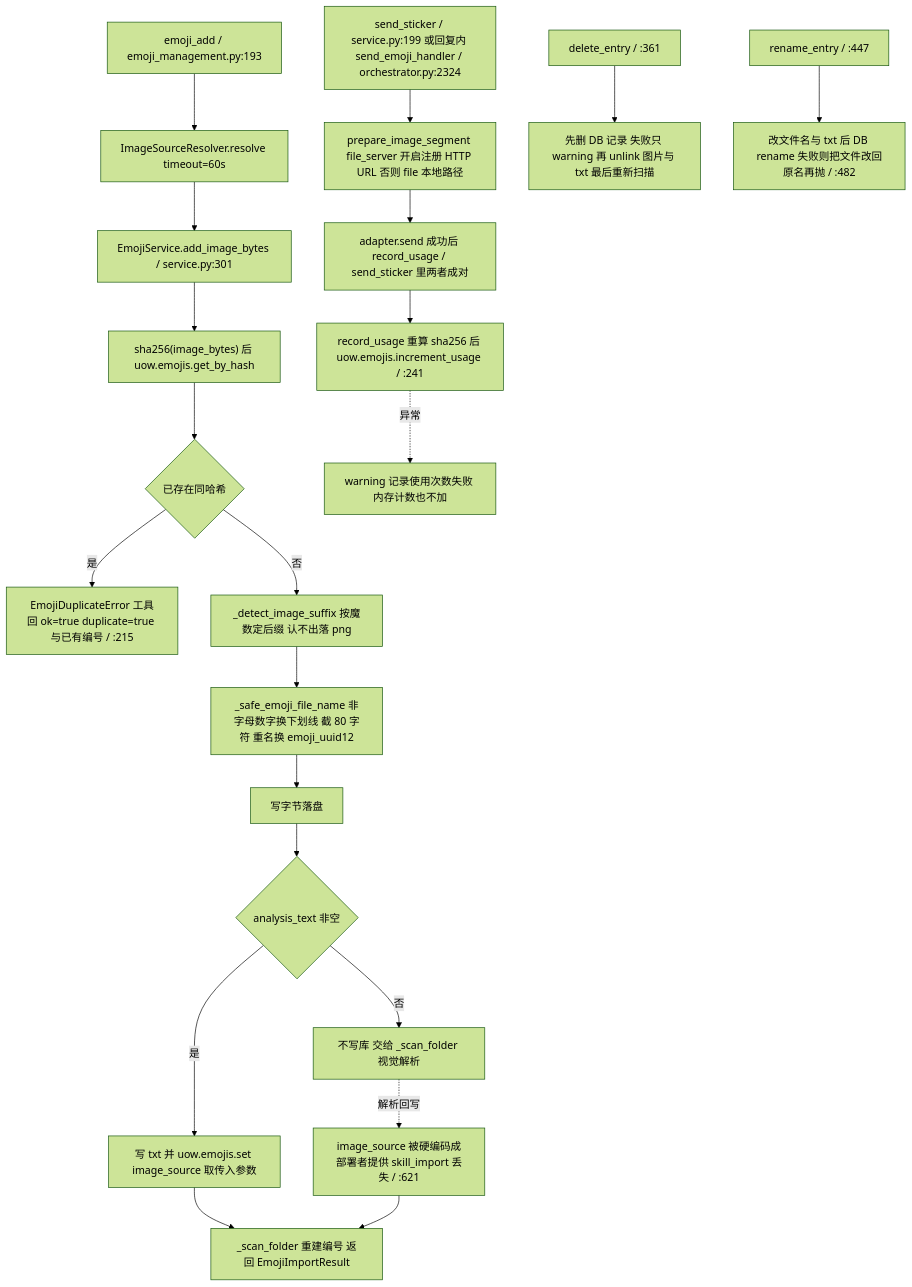
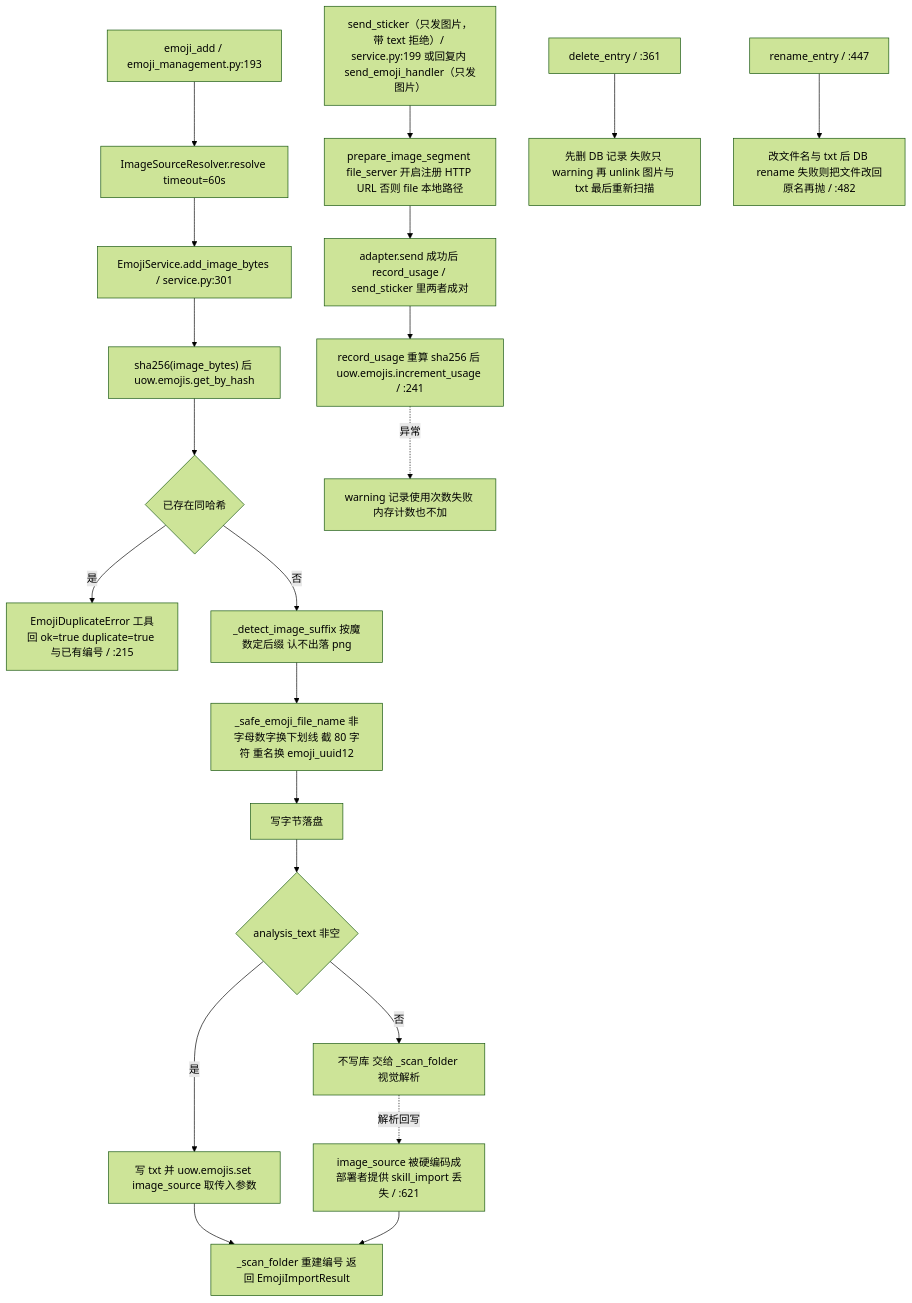
One commit to ABPolaris/NeoBot changed the ninth of 14 diagrams in docs/flow/14-emoji-image-parse.md. Above: the diagram before and after it, drawn with Mermaid (forest theme). The commit also changed 25 other files, not shown here.

````diff
--- a/docs/flow/14-emoji-image-parse.md
+++ b/docs/flow/14-emoji-image-parse.md
@@ -330,23 +330,23 @@
 ```mermaid
 flowchart TD
     A["emoji_add / emoji_management.py:193"] --> B["ImageSourceResolver.resolve timeout=60s"]
     B --> C["EmojiService.add_image_bytes / service.py:301"]
     C --> D["sha256(image_bytes) 后 uow.emojis.get_by_hash"]
     D --> E{"已存在同哈希"}
     E -- 是 --> E1["EmojiDuplicateError 工具回 ok=true duplicate=true 与已有编号 / :215"]
     E -- 否 --> F["_detect_image_suffix 按魔数定后缀 认不出落 png"]
     F --> G["_safe_emoji_file_name 非字母数字换下划线 截 80 字符 重名换 emoji_uuid12"]
     G --> H["写字节落盘"]
     H --> I{"analysis_text 非空"}
     I -- 是 --> J["写 txt 并 uow.emojis.set image_source 取传入参数"]
     I -- 否 --> K["不写库 交给 _scan_folder 视觉解析"]
     K -. 解析回写 .-> K1["image_source 被硬编码成部署者提供 skill_import 丢失 / :621"]
     J --> L["_scan_folder 重建编号 返回 EmojiImportResult"]
     K1 --> L
-    M["send_sticker / service.py:199 或回复内 send_emoji_handler / orchestrator.py:2324"] --> N["prepare_image_segment file_server 开启注册 HTTP URL 否则 file 本地路径"]
+    M["send_sticker（只发图片，带 text 拒绝）/ service.py:199 或回复内 send_emoji_handler（只发图片）"] --> N["prepare_image_segment file_server 开启注册 HTTP URL 否则 file 本地路径"]
     N --> O["adapter.send 成功后 record_usage / send_sticker 里两者成对"]
     O --> P["record_usage 重算 sha256 后 uow.emojis.increment_usage / :241"]
     P -. 异常 .-> P1["warning 记录使用次数失败 内存计数也不加"]
     Q["delete_entry / :361"] --> R["先删 DB 记录 失败只 warning 再 unlink 图片与 txt 最后重新扫描"]
     S["rename_entry / :447"] --> T["改文件名与 txt 后 DB rename 失败则把文件改回原名再抛 / :482"]
 ```
````
